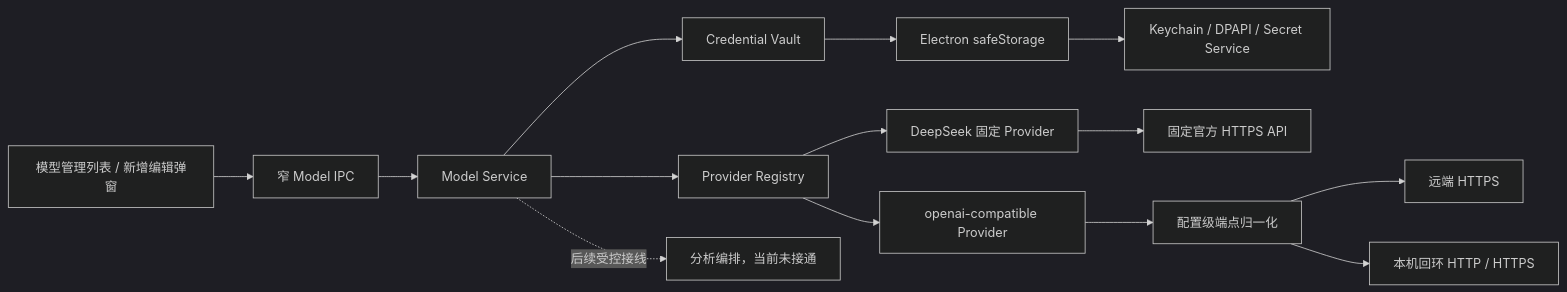
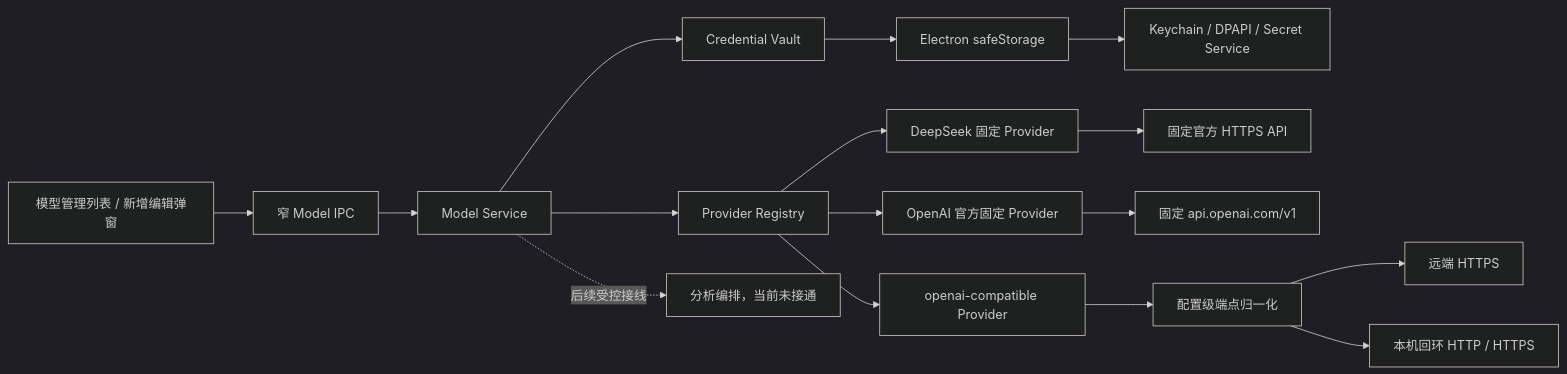
One commit to wzhic/material changed the first of 2 diagrams in docs/development/模型接入与安全存储-DEV-0010-v1.0.md. Above: the diagram before and after it, drawn with Mermaid (dark theme). The commit also changed other lines of this file and 15 other files, not shown here.

````diff
--- a/docs/development/模型接入与安全存储-DEV-0010-v1.0.md
+++ b/docs/development/模型接入与安全存储-DEV-0010-v1.0.md
@@ -26,16 +28,18 @@
 ```mermaid
 flowchart LR
     UI[模型管理列表 / 新增编辑弹窗] --> IPC[窄 Model IPC]
     IPC --> SERVICE[Model Service]
     SERVICE --> VAULT[Credential Vault]
     VAULT --> SAFE[Electron safeStorage]
     SAFE --> OS[Keychain / DPAPI / Secret Service]
     SERVICE --> REG[Provider Registry]
     REG --> DS[DeepSeek 固定 Provider]
+    REG --> OPENAI[OpenAI 官方固定 Provider]
     REG --> CUSTOM[openai-compatible Provider]
     DS --> DSAPI[固定官方 HTTPS API]
+    OPENAI --> OAIAPI[固定 api.openai.com/v1]
     CUSTOM --> NORMALIZE[配置级端点归一化]
     NORMALIZE --> REMOTE[远端 HTTPS]
     NORMALIZE --> LOOPBACK[本机回环 HTTP / HTTPS]
     SERVICE -. 后续受控接线 .-> ANALYSIS[分析编排，当前未接通]
 ```
````
